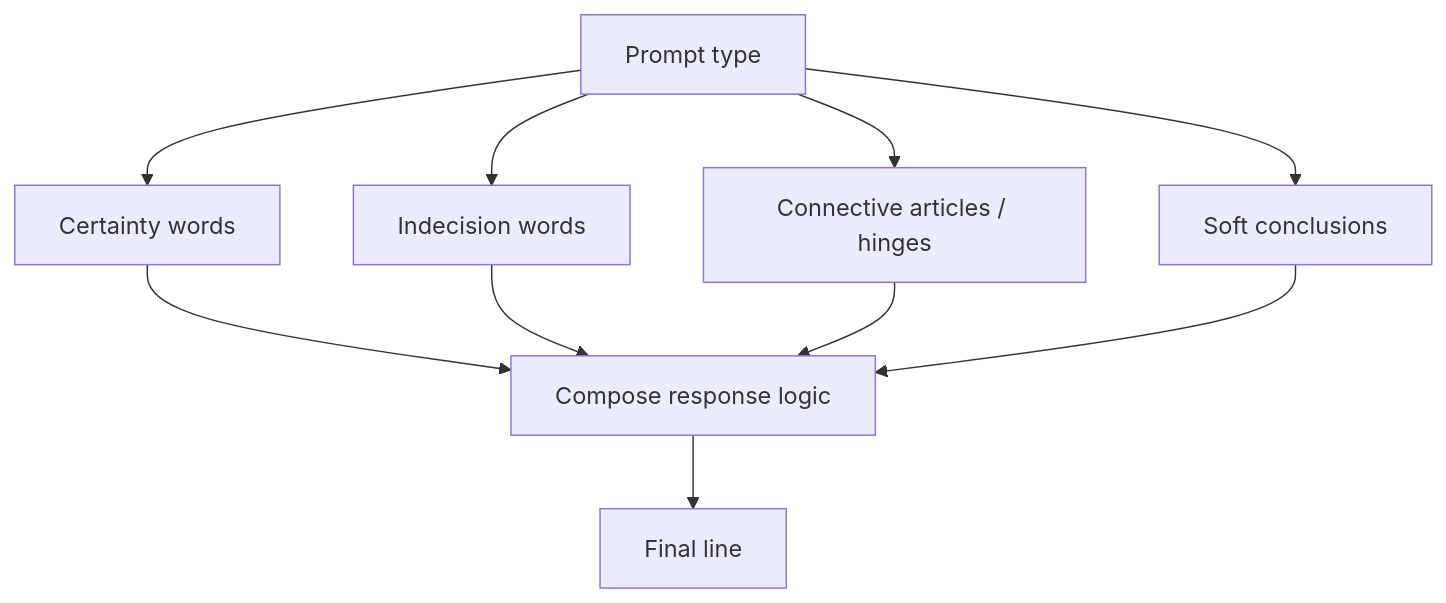
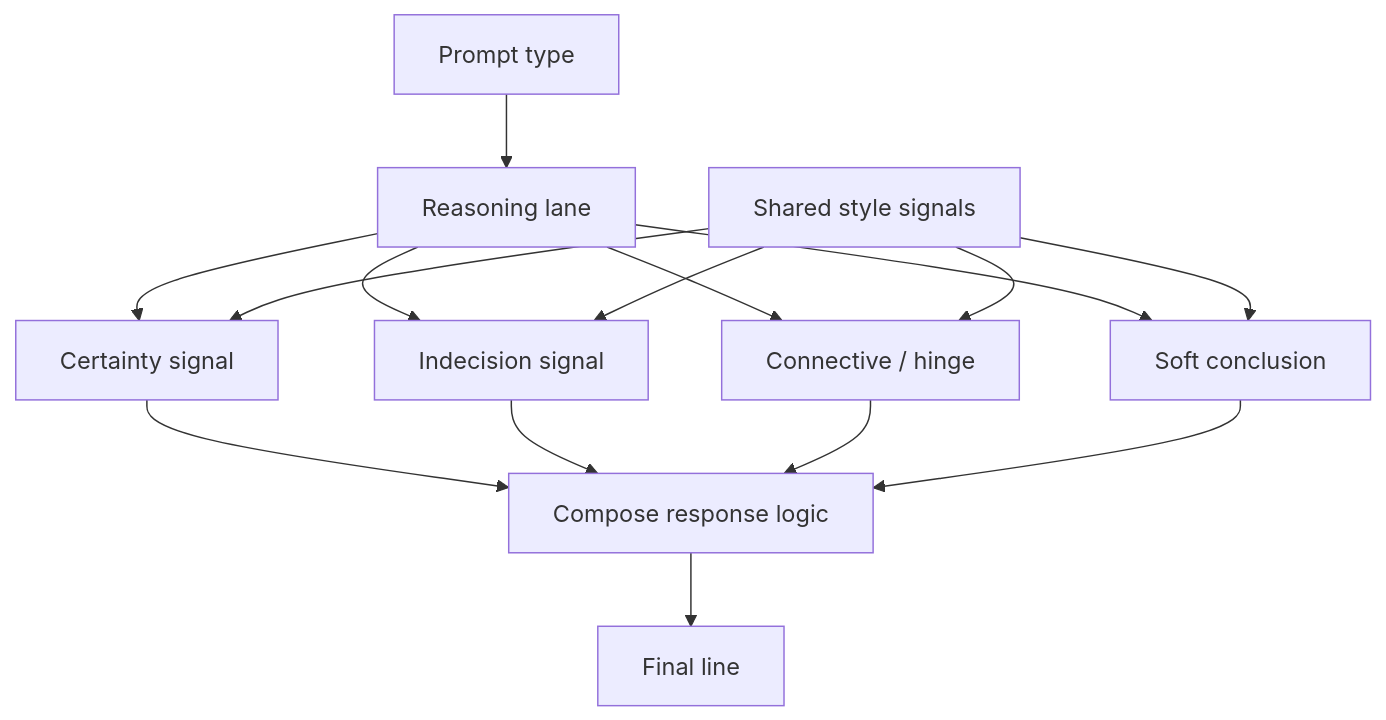
The diagram in docs/diagrams/PIPELINE.md (tryskian/probaboracle), drawn with Mermaid before and after one commit. The commit also changed other lines of this file and 9 other files, not shown here.

````diff
--- a/docs/diagrams/PIPELINE.md
+++ b/docs/diagrams/PIPELINE.md
@@ -9,24 +9,30 @@
 ```mermaid
 flowchart TD
   A["Prompt type"]
-
-  B["Certainty words"]
-  C["Indecision words"]
-  D["Connective articles / hinges"]
-  E["Soft conclusions"]
-
-  F["Compose response logic"]
-  G["Final line"]
+  B["Reasoning lane"]
+  C["Shared style signals"]
+  D["Certainty signal"]
+  E["Indecision signal"]
+  F["Connective / hinge"]
+  G["Soft conclusion"]
+  H["Compose response logic"]
+  I["Final line"]
 
   A --> B
-  A --> C
-  A --> D
-  A --> E
+  B --> D
+  B --> E
+  B --> F
+  B --> G
 
-  B --> F
+  C --> D
+  C --> E
   C --> F
-  D --> F
-  E --> F
+  C --> G
 
-  F --> G
+  D --> H
+  E --> H
+  F --> H
+  G --> H
+
+  H --> I
 ```
````
